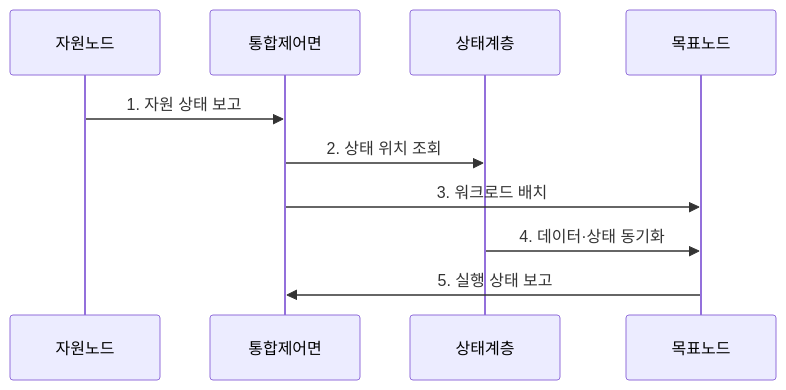
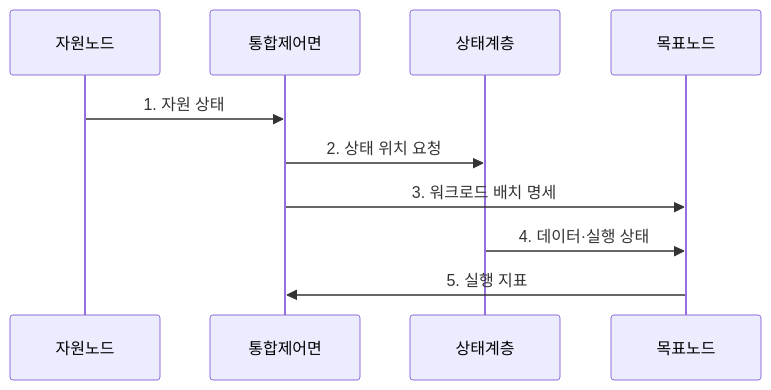
One commit to agnusdei1207/knowledge-base changed the second of 2 diagrams in src/content/docs/notes/04-network/048_computing_continuum.md. Above: the diagram before and after it, drawn with Mermaid. The commit also changed other lines of this file and 20 other files, not shown here.

````diff
--- a/src/content/docs/notes/04-network/048_computing_continuum.md
+++ b/src/content/docs/notes/04-network/048_computing_continuum.md
@@ -84,12 +93,12 @@
 ```mermaid
 sequenceDiagram
     participant 자원노드
     participant 통합제어면
     participant 상태계층
     participant 목표노드
-    자원노드->>통합제어면: 1. 자원 상태 보고
-    통합제어면->>상태계층: 2. 상태 위치 조회
-    통합제어면->>목표노드: 3. 워크로드 배치
-    상태계층->>목표노드: 4. 데이터·상태 동기화
-    목표노드->>통합제어면: 5. 실행 상태 보고
+    자원노드->>통합제어면: 1. 자원 상태
+    통합제어면->>상태계층: 2. 상태 위치 요청
+    통합제어면->>목표노드: 3. 워크로드 배치 명세
+    상태계층->>목표노드: 4. 데이터·실행 상태
+    목표노드->>통합제어면: 5. 실행 지표
 ```
````
